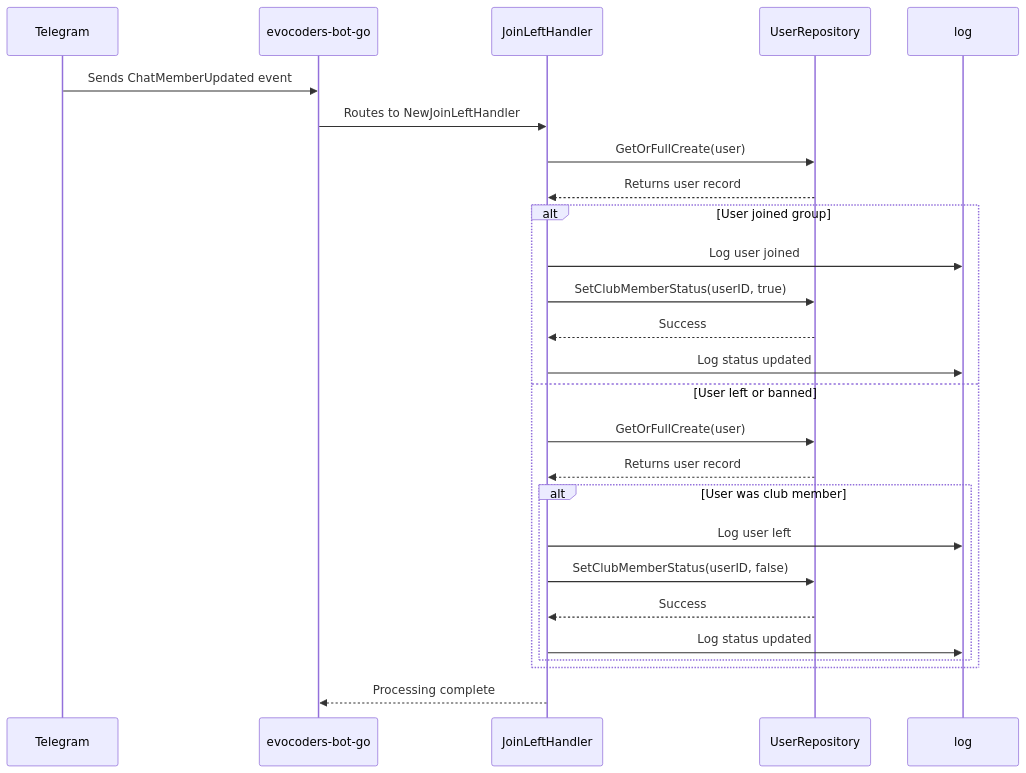
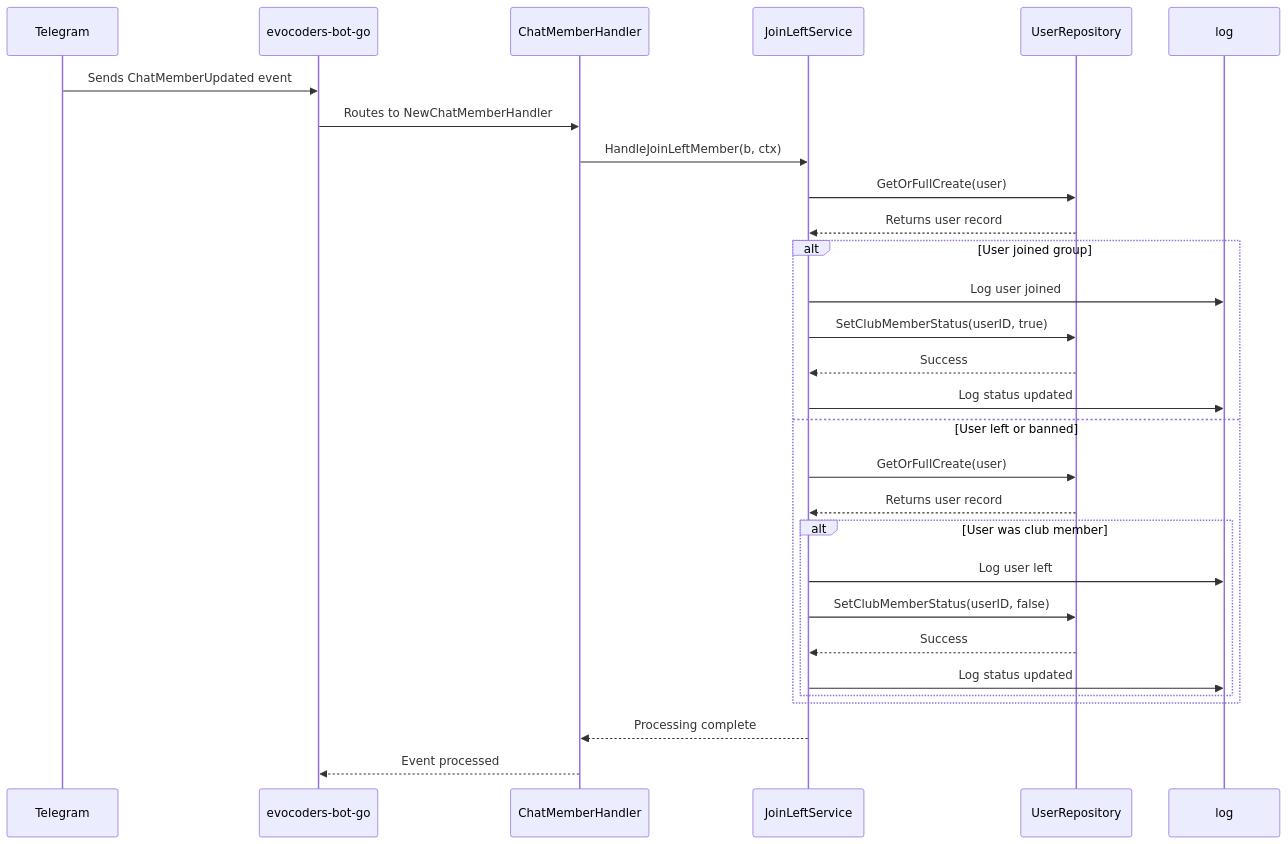
Before and after one commit to it-beard/evo-bot-go: the ninth of 10 diagrams in .qoder/repowiki/en/content/Handler System/Handler System.md, drawn with Mermaid. The commit also changed other lines of this file and 22 other files, not shown here.

````diff
--- a/.qoder/repowiki/en/content/Handler System/Handler System.md
+++ b/.qoder/repowiki/en/content/Handler System/Handler System.md
@@ -509,28 +516,31 @@
 ```mermaid
 sequenceDiagram
 participant Telegram as Telegram
 participant Bot as evocoders-bot-go
-participant JoinLeft as JoinLeftHandler
+participant ChatMember as ChatMemberHandler
+participant JoinLeft as JoinLeftService
 participant UserRepo as UserRepository
 participant Logger as log
 Telegram->>Bot : Sends ChatMemberUpdated event
-Bot->>JoinLeft : Routes to NewJoinLeftHandler
+Bot->>ChatMember : Routes to NewChatMemberHandler
+ChatMember->>JoinLeft : HandleJoinLeftMember(b, ctx)
 JoinLeft->>UserRepo : GetOrFullCreate(user)
 UserRepo-->>JoinLeft : Returns user record
 alt User joined group
 JoinLeft->>Logger : Log user joined
 JoinLeft->>UserRepo : SetClubMemberStatus(userID, true)
 UserRepo-->>JoinLeft : Success
 JoinLeft->>Logger : Log status updated
 else User left or banned
 JoinLeft->>UserRepo : GetOrFullCreate(user)
 UserRepo-->>JoinLeft : Returns user record
 alt User was club member
 JoinLeft->>Logger : Log user left
 JoinLeft->>UserRepo : SetClubMemberStatus(userID, false)
 UserRepo-->>JoinLeft : Success
 JoinLeft->>Logger : Log status updated
 end
 end
-JoinLeft-->>Bot : Processing complete
+JoinLeft-->>ChatMember : Processing complete
+ChatMember-->>Bot : Event processed
 ```
````
